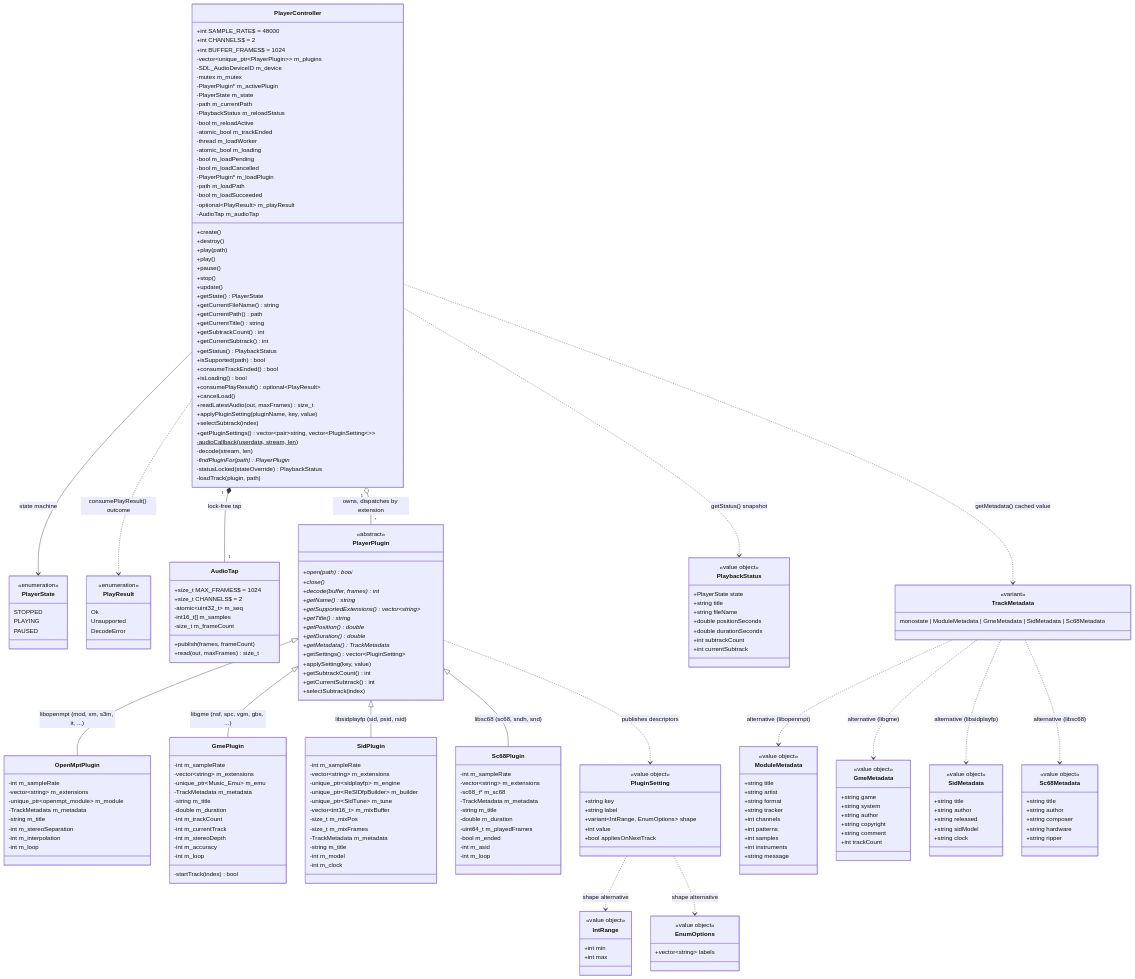
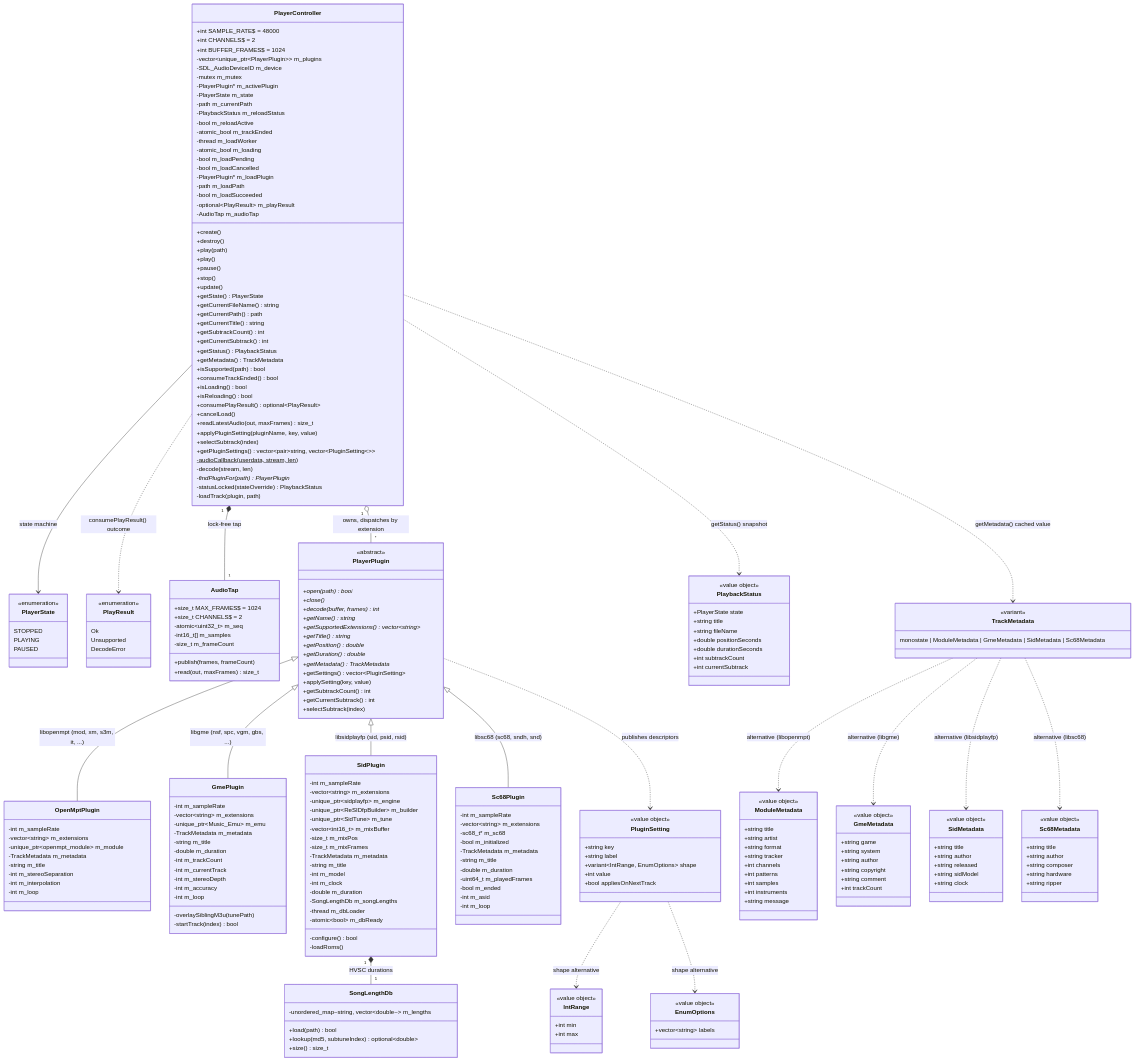
The diagram in docs/audio.md (notnotme/osp2), drawn with Mermaid before and after one commit. The commit also changed other lines of this file and 10 other files, not shown here.

```diff
--- a/docs/audio.md
+++ b/docs/audio.md
@@ -54,9 +54,11 @@
         +getSubtrackCount() int
         +getCurrentSubtrack() int
         +getStatus() PlaybackStatus
+        +getMetadata() TrackMetadata
         +isSupported(path) bool
         +consumeTrackEnded() bool
         +isLoading() bool
+        +isReloading() bool
         +consumePlayResult() optional~PlayResult~
         +cancelLoad()
         +readLatestAudio(out, maxFrames) size_t
@@ -121,6 +123,7 @@
         -int m_stereoDepth
         -int m_accuracy
         -int m_loop
+        -overlaySiblingM3u(tunePath)
         -startTrack(index) bool
     }
 
@@ -137,12 +140,19 @@
         -string m_title
         -int m_model
         -int m_clock
+        -double m_duration
+        -SongLengthDb m_songLengths
+        -thread m_dbLoader
+        -atomic~bool~ m_dbReady
+        -configure() bool
+        -loadRoms()
     }
 
     class Sc68Plugin {
         -int m_sampleRate
         -vector~string~ m_extensions
         -sc68_t* m_sc68
+        -bool m_initialized
         -TrackMetadata m_metadata
         -string m_title
         -double m_duration
@@ -150,6 +160,13 @@
         -bool m_ended
         -int m_asid
         -int m_loop
+    }
+
+    class SongLengthDb {
+        -unordered_map~string, vector~double~~ m_lengths
+        +load(path) bool
+        +lookup(md5, subtuneIndex) optional~double~
+        +size() size_t
     }
 
     class PluginSetting {
@@ -239,6 +256,7 @@
     PlayerPlugin <|-- GmePlugin : libgme (nsf, spc, vgm, gbs, ...)
     PlayerPlugin <|-- SidPlugin : libsidplayfp (sid, psid, rsid)
     PlayerPlugin <|-- Sc68Plugin : libsc68 (sc68, sndh, snd)
+    SidPlugin "1" *-- "1" SongLengthDb : HVSC durations
     TrackMetadata ..> ModuleMetadata : alternative (libopenmpt)
     TrackMetadata ..> GmeMetadata : alternative (libgme)
     TrackMetadata ..> SidMetadata : alternative (libsidplayfp)
```
